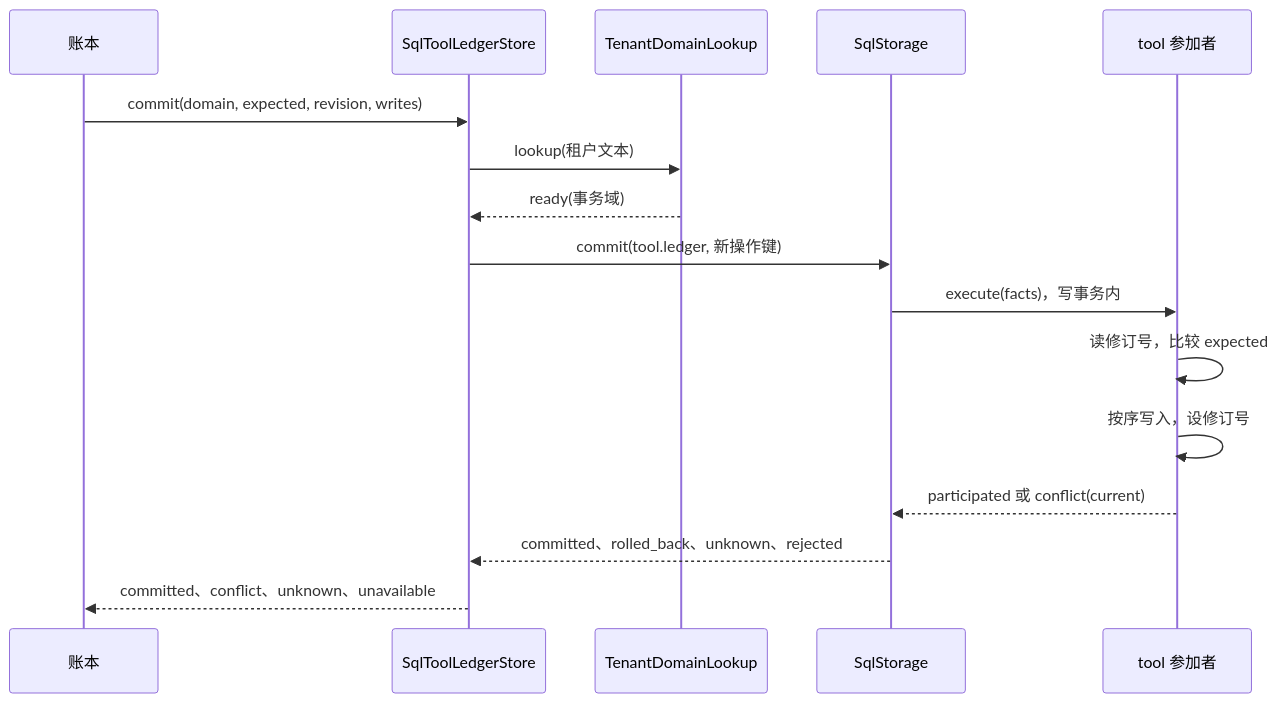
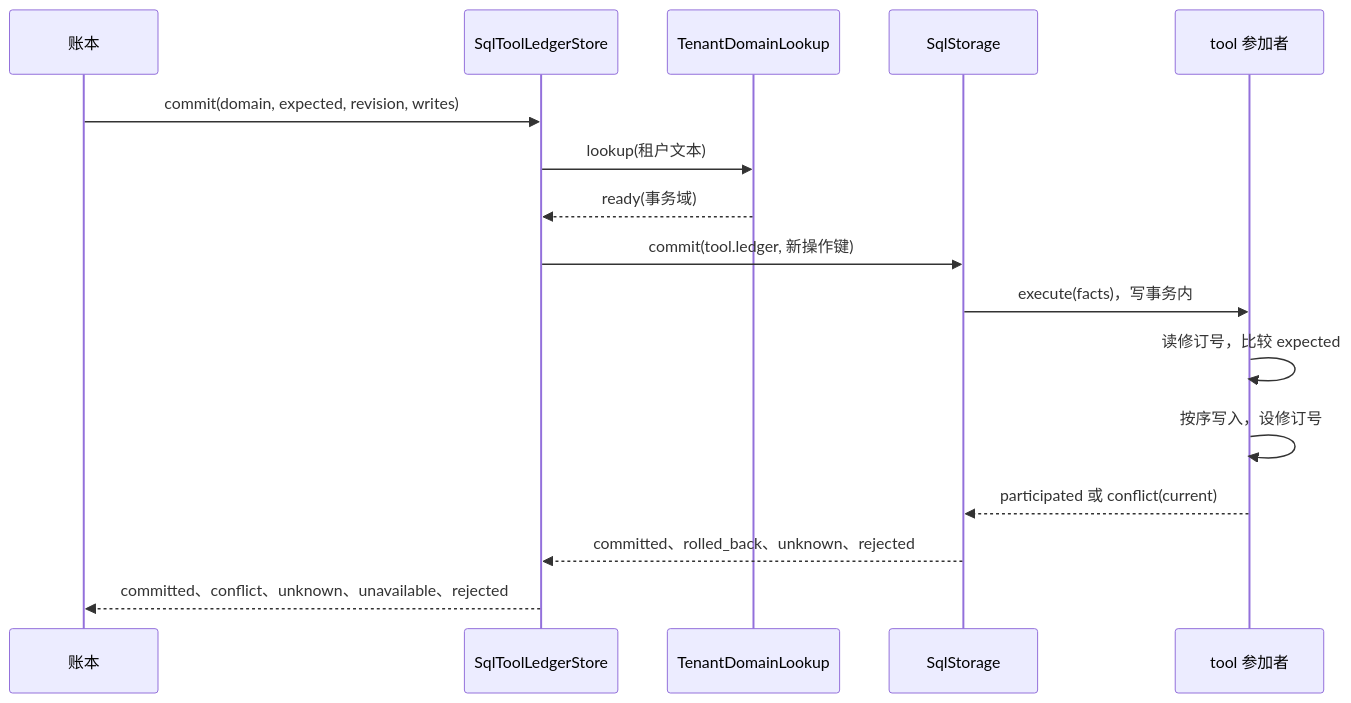
Before and after one commit to nemori-ai/omne-harness-lite: the first of 2 diagrams in packages/tool/tool-storage-sql/docs/flows.md, drawn with Mermaid. The commit also changed 18 other files, not shown here.

````diff
--- a/packages/tool/tool-storage-sql/docs/flows.md
+++ b/packages/tool/tool-storage-sql/docs/flows.md
@@ -9,18 +9,18 @@
 ```mermaid
 sequenceDiagram
   participant L as 账本
   participant S as SqlToolLedgerStore
   participant D as TenantDomainLookup
   participant Q as SqlStorage
   participant P as tool 参加者
   L->>S: commit(domain, expected, revision, writes)
   S->>D: lookup(租户文本)
   D-->>S: ready(事务域)
   S->>Q: commit(tool.ledger, 新操作键)
   Q->>P: execute(facts)，写事务内
   P->>P: 读修订号，比较 expected
   P->>P: 按序写入，设修订号
   P-->>Q: participated 或 conflict(current)
   Q-->>S: committed、rolled_back、unknown、rejected
-  S-->>L: committed、conflict、unknown、unavailable
+  S-->>L: committed、conflict、unknown、unavailable、rejected
 ```
````
